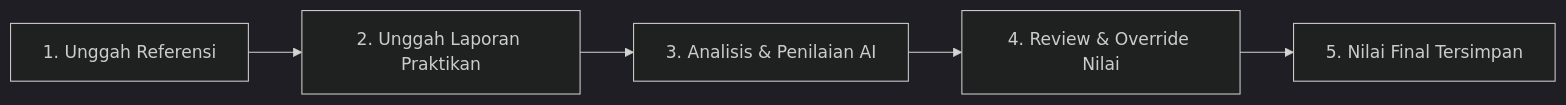
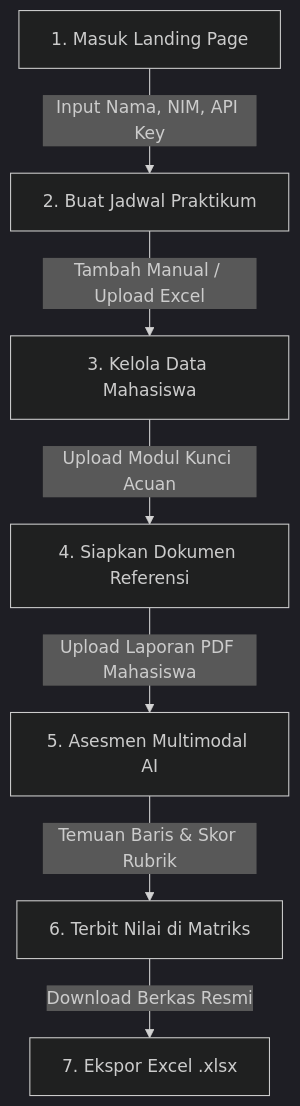
The diagram in README.md (rafinax48/Sistem-Laporan), drawn with Mermaid (dark theme) before and after one commit. The commit also changed other lines of this file, not shown here.

Commit message:
docs: update README with comprehensive features, multimodal AI details, and installation guide

````diff
--- a/README.md
+++ b/README.md
@@ -49,7 +181,9 @@
 ```mermaid
-graph LR
-    A[1. Unggah Referensi] --> B[2. Unggah Laporan Praktikan]
-    B --> C[3. Analisis & Penilaian AI]
-    C --> D[4. Review & Override Nilai]
-    D --> E[5. Nilai Final Tersimpan]
+graph TD
+    A[1. Masuk Landing Page] -->|Input Nama, NIM, API Key| B[2. Buat Jadwal Praktikum]
+    B -->|Tambah Manual / Upload Excel| C[3. Kelola Data Mahasiswa]
+    C -->|Upload Modul Kunci Acuan| D[4. Siapkan Dokumen Referensi]
+    D -->|Upload Laporan PDF Mahasiswa| E[5. Asesmen Multimodal AI]
+    E -->|Temuan Baris & Skor Rubrik| F[6. Terbit Nilai di Matriks]
+    F -->|Download Berkas Resmi| G[7. Ekspor Excel .xlsx]
 ```
````
